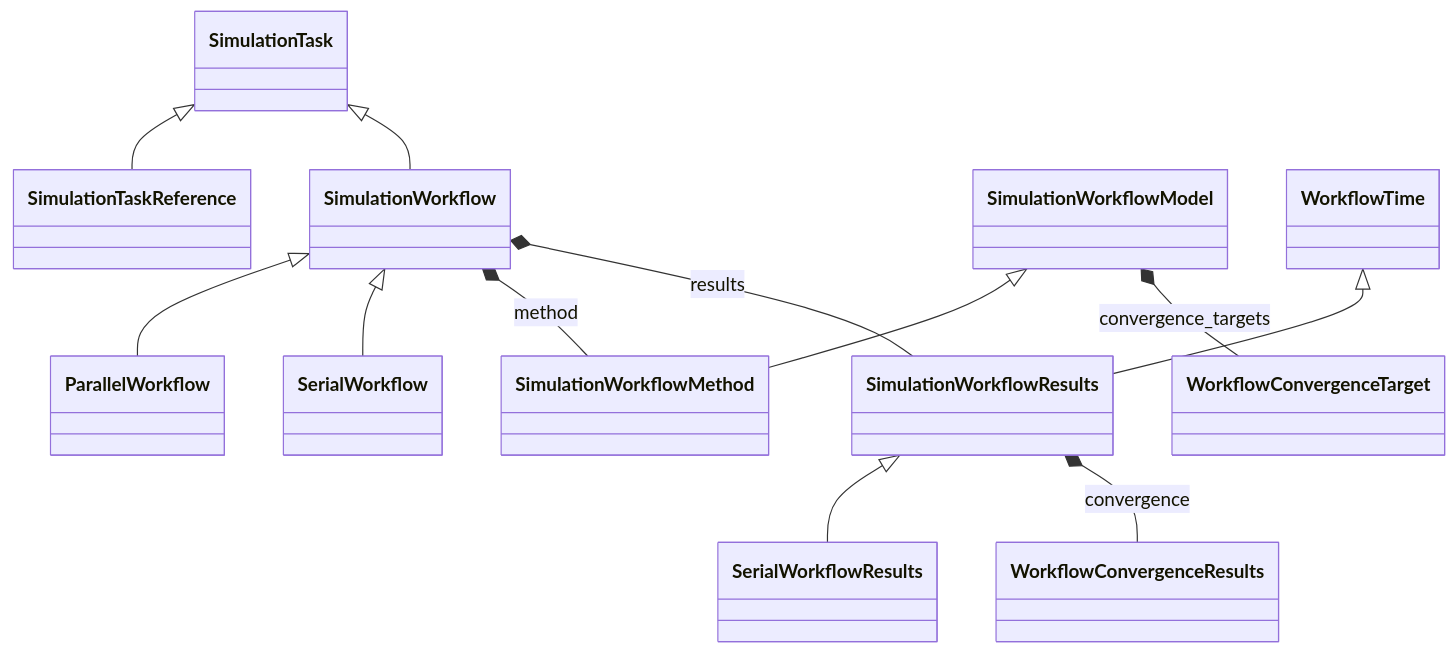
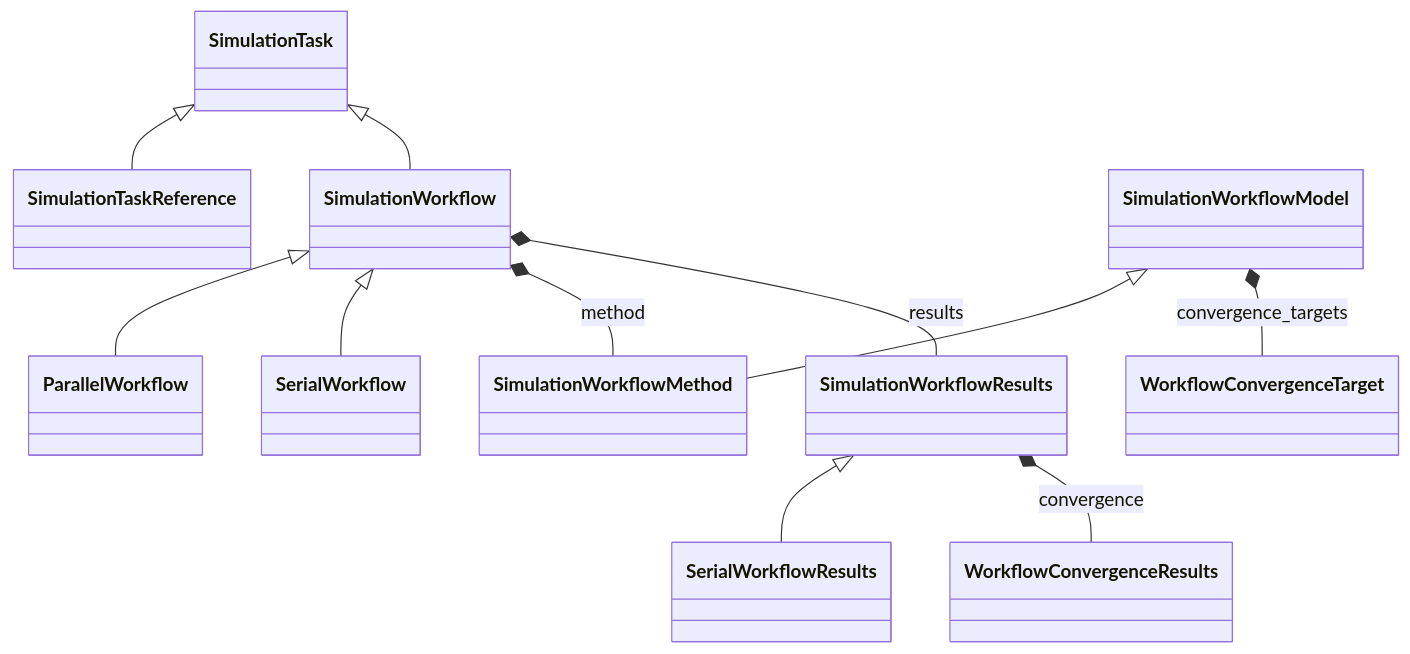
The diagram in docs/schema/workflow.md (FAIRmat-NFDI/nomad-simulations), drawn with Mermaid before and after one commit. The commit also changed other lines of this file and 4 other files, not shown here.

First line of the commit message:
Remove the unused `WorkflowTime` copy from `SimulationWorkflowResults` (#540)

````diff
--- a/docs/schema/workflow.md
+++ b/docs/schema/workflow.md
@@ -11,26 +11,24 @@
 ```mermaid
 classDiagram
     class ParallelWorkflow
     class SerialWorkflow
     class SerialWorkflowResults
     class SimulationTask
     class SimulationTaskReference
     class SimulationWorkflow
     class SimulationWorkflowMethod
     class SimulationWorkflowModel
     class SimulationWorkflowResults
     class WorkflowConvergenceResults
     class WorkflowConvergenceTarget
-    class WorkflowTime
     SimulationWorkflow <|-- ParallelWorkflow
     SimulationWorkflow <|-- SerialWorkflow
     SimulationWorkflowResults <|-- SerialWorkflowResults
     SimulationTask <|-- SimulationTaskReference
     SimulationTask <|-- SimulationWorkflow
     SimulationWorkflowModel <|-- SimulationWorkflowMethod
-    WorkflowTime <|-- SimulationWorkflowResults
     SimulationWorkflow *-- SimulationWorkflowMethod : method
     SimulationWorkflow *-- SimulationWorkflowResults : results
     SimulationWorkflowModel *-- WorkflowConvergenceTarget : convergence_targets
     SimulationWorkflowResults *-- WorkflowConvergenceResults : convergence
 ```
````
